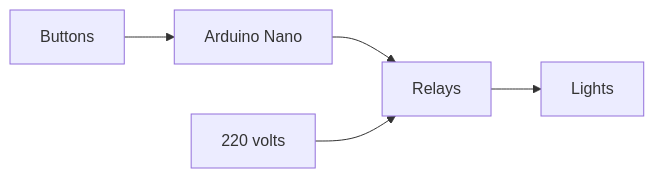
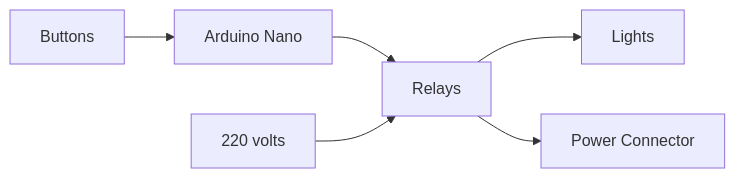
The diagram in README.md (gonzalorf/smart-switches), drawn with Mermaid before and after one commit. The commit also changed other lines of this file, not shown here.

````diff
--- a/README.md
+++ b/README.md
@@ -6,7 +9,8 @@
 ```mermaid
 flowchart LR
 Switches[Buttons] --> Arduino[Arduino Nano]
 Arduino --> Relays[Relays]
 Power[220 volts] --> Relays
 Relays --> Lights[Lights]
+Relays --> PowerConnector[Power Connector]
 ```
````
